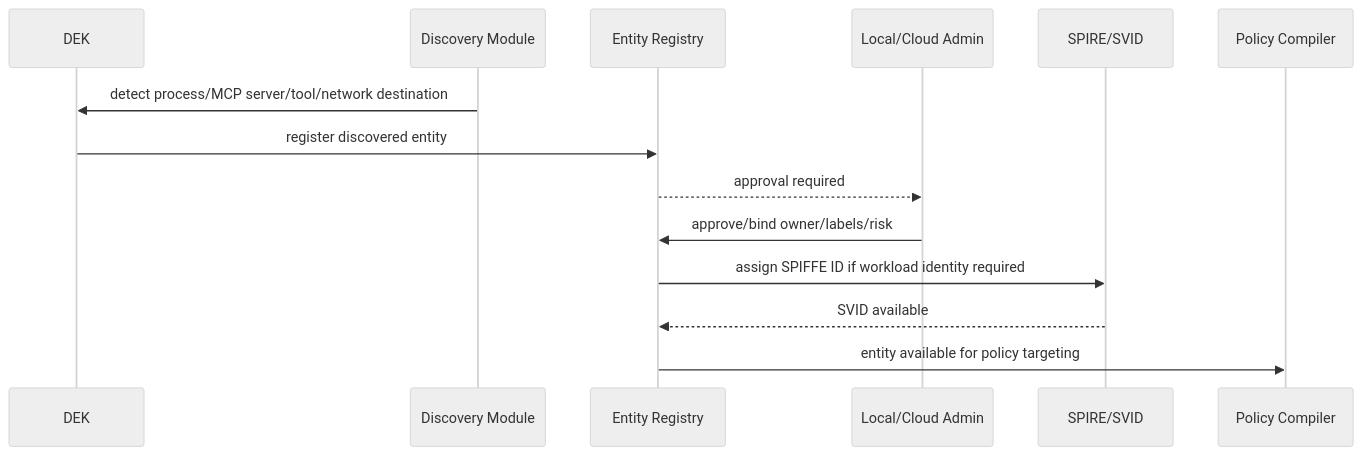
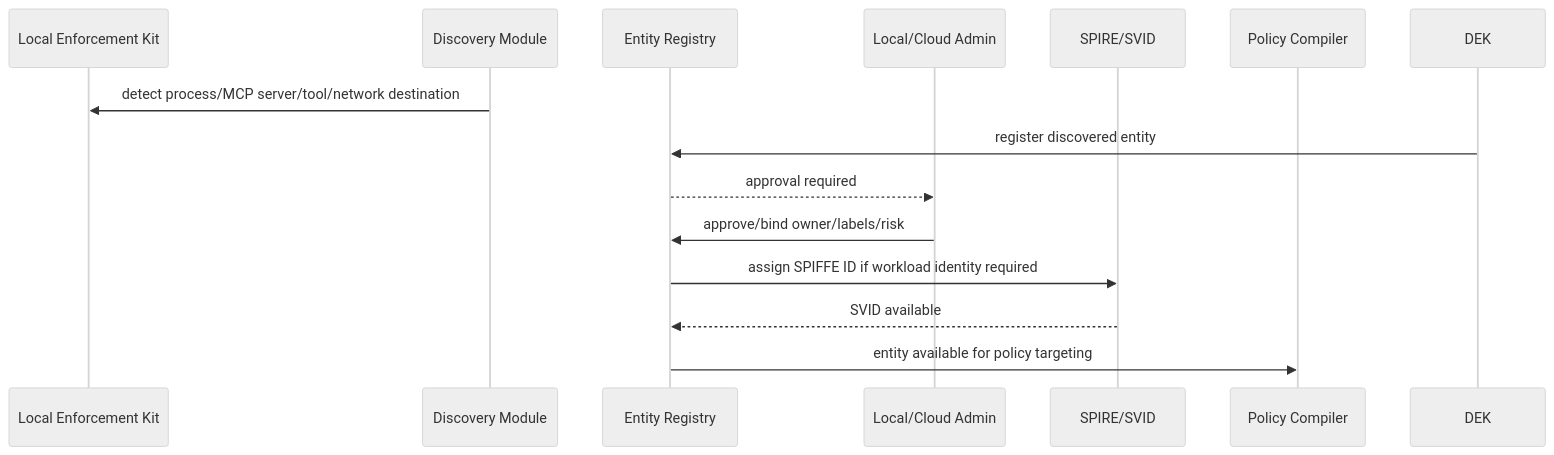
Before and after one commit to AECInfraconnect/AntiG_Pollen_DEK: the fifth of 6 diagrams in docs/design/policy-enforcement-flows.md, drawn with Mermaid (neutral theme). The commit also changed other lines of this file and 55 other files, not shown here.

Commit message:
Rename DEK to Local Enforcement Kit in docs

````diff
--- a/docs/design/policy-enforcement-flows.md
+++ b/docs/design/policy-enforcement-flows.md
@@ -1170,17 +1170,17 @@
 ```mermaid
 sequenceDiagram
-  participant DEK
+  participant Local Enforcement Kit
   participant Discover as Discovery Module
   participant Registry as Entity Registry
   participant Admin as Local/Cloud Admin
   participant SPIRE as SPIRE/SVID
   participant Policy as Policy Compiler
 
-  Discover->>DEK: detect process/MCP server/tool/network destination
+  Discover->>Local Enforcement Kit: detect process/MCP server/tool/network destination
   DEK->>Registry: register discovered entity
   Registry-->>Admin: approval required
   Admin->>Registry: approve/bind owner/labels/risk
   Registry->>SPIRE: assign SPIFFE ID if workload identity required
   SPIRE-->>Registry: SVID available
   Registry->>Policy: entity available for policy targeting
 ```
````
